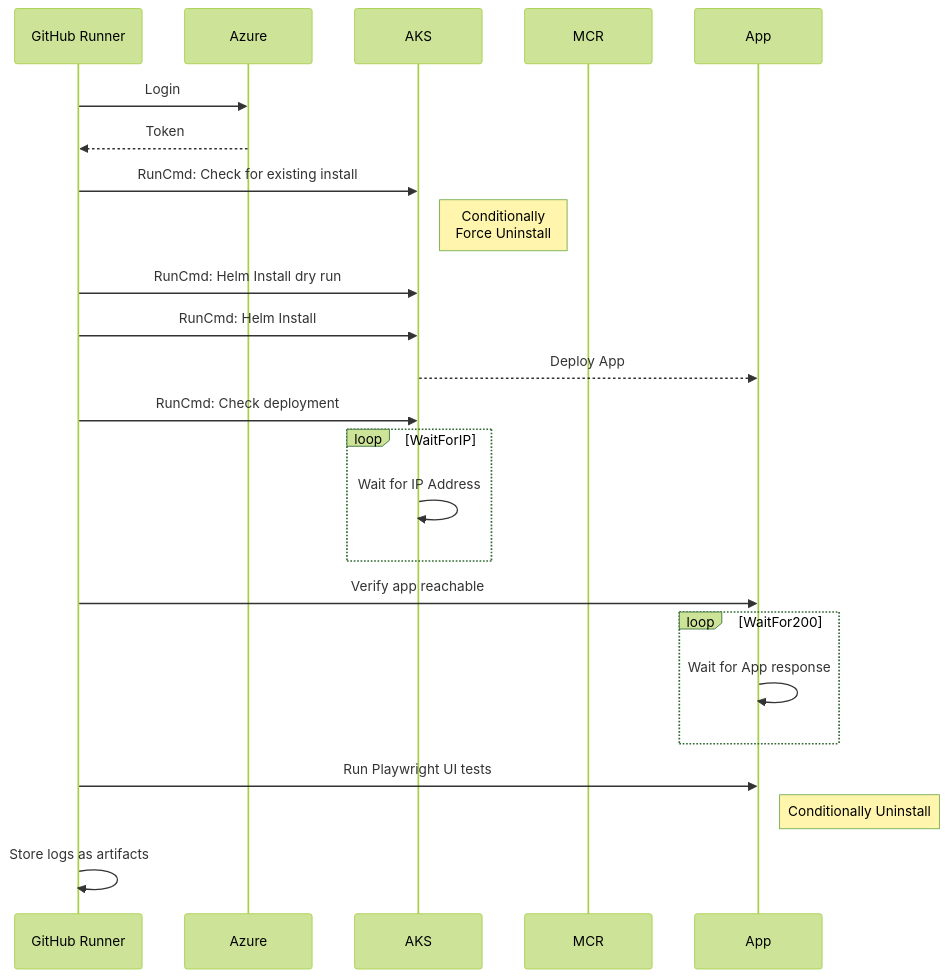
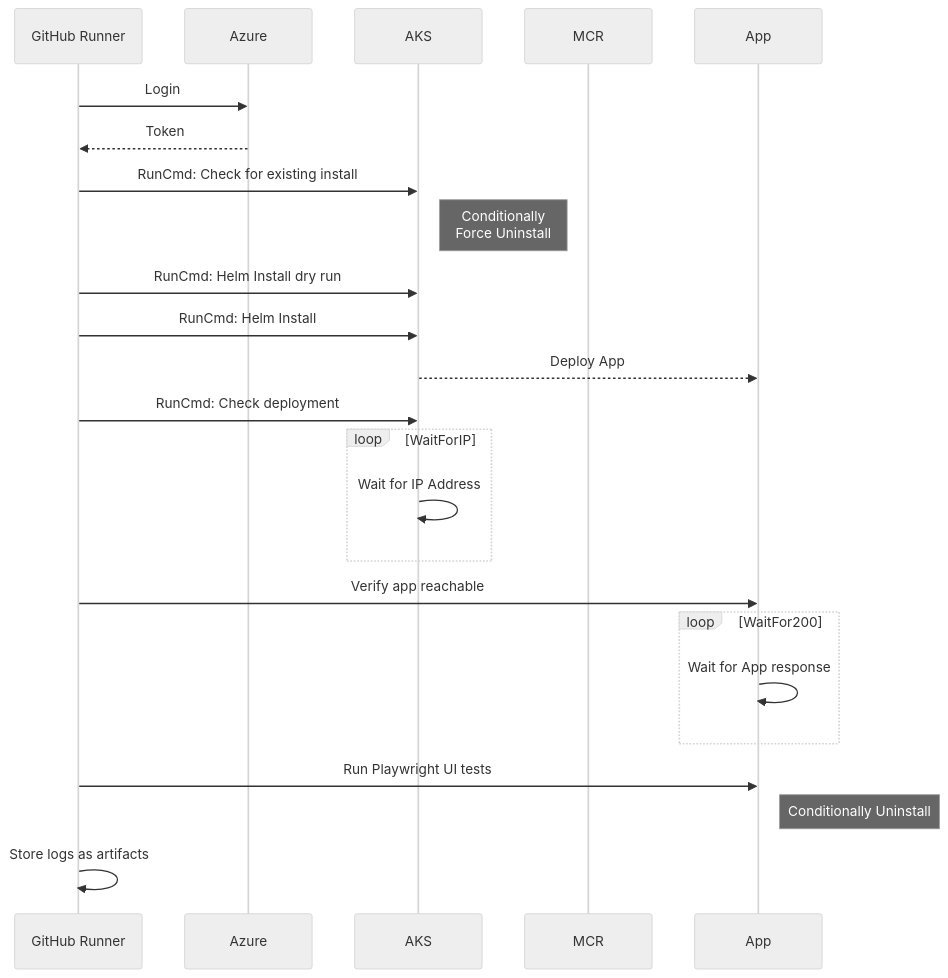
The diagram in docs/app-azurevote-helmruncmd.md (Azure/aks-baseline-automation), drawn with Mermaid before and after one commit.

Commit message:
tweaking theme

````diff
--- a/docs/app-azurevote-helmruncmd.md
+++ b/docs/app-azurevote-helmruncmd.md
@@ -7,27 +7,27 @@
 ```mermaid
-%%{init: {'theme': 'forest', "flowchart" : { "curve" : "basis" } } }%%
+%%{init: {'theme': 'neutral', 'themeVariables': {'darkMode': true}, "flowchart" : { "curve" : "basis" } } }%%
 sequenceDiagram
     participant GitHub Runner
     participant Azure
     participant AKS
     participant MCR
     participant App
     GitHub Runner->>Azure: Login
     Azure-->>GitHub Runner: Token
     GitHub Runner->>AKS: RunCmd: Check for existing install
     Note right of AKS: Conditionally<br/>Force Uninstall
     GitHub Runner->>AKS: RunCmd: Helm Install dry run
     GitHub Runner->>AKS: RunCmd: Helm Install
     AKS-->>App: Deploy App
     GitHub Runner->>AKS: RunCmd: Check deployment
     loop WaitForIP
         AKS->>AKS: Wait for IP Address
     end
     GitHub Runner->>App: Verify app reachable
     loop WaitFor200
         App->>App: Wait for App response
     end
     GitHub Runner->>App: Run Playwright UI tests
     Note right of App: Conditionally Uninstall
     GitHub Runner->>GitHub Runner: Store logs as artifacts
 ```
````
